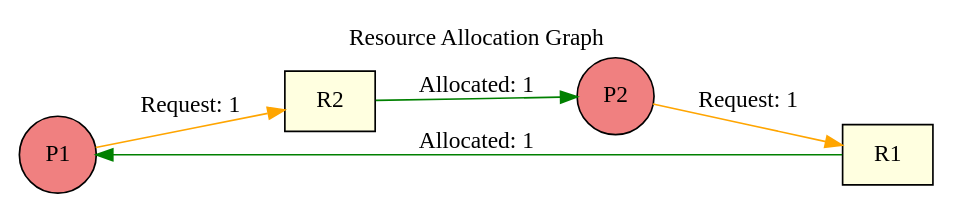
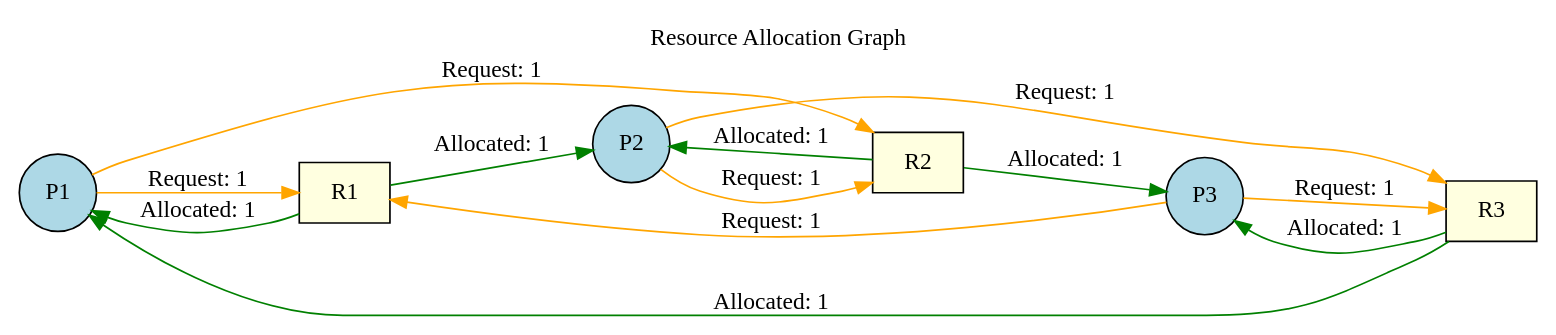
One commit to jiya-suvarna/PBL-pursoth-ijji changed the diagram in week4/rag.dot. Above: the diagram before and after it, drawn with Graphviz. The commit also changed 8 other files, not shown here.

```diff
--- a/week4/rag.dot
+++ b/week4/rag.dot
@@ -1,13 +1,23 @@
 digraph RAG {
 rankdir=LR;
 label="Resource Allocation Graph";
 labelloc=t;
-P1 [shape=circle, label="P1", style=filled, fillcolor=lightcoral];
-P2 [shape=circle, label="P2", style=filled, fillcolor=lightcoral];
+P1 [shape=circle, label="P1", style=filled, fillcolor=lightblue];
+P2 [shape=circle, label="P2", style=filled, fillcolor=lightblue];
+P3 [shape=circle, label="P3", style=filled, fillcolor=lightblue];
 R1 [shape=box, label="R1", style=filled, fillcolor=lightyellow];
 R2 [shape=box, label="R2", style=filled, fillcolor=lightyellow];
+R3 [shape=box, label="R3", style=filled, fillcolor=lightyellow];
 R1 -> P1 [label="Allocated: 1", color=green];
+P1 -> R1 [label="Request: 1", color=orange];
 P1 -> R2 [label="Request: 1", color=orange];
-P2 -> R1 [label="Request: 1", color=orange];
+R3 -> P1 [label="Allocated: 1", color=green];
+R1 -> P2 [label="Allocated: 1", color=green];
 R2 -> P2 [label="Allocated: 1", color=green];
+P2 -> R2 [label="Request: 1", color=orange];
+P2 -> R3 [label="Request: 1", color=orange];
+P3 -> R1 [label="Request: 1", color=orange];
+R2 -> P3 [label="Allocated: 1", color=green];
+R3 -> P3 [label="Allocated: 1", color=green];
+P3 -> R3 [label="Request: 1", color=orange];
 }
```
